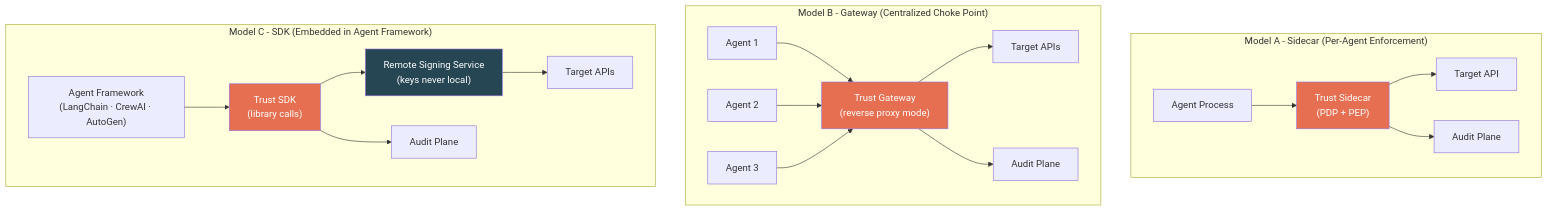
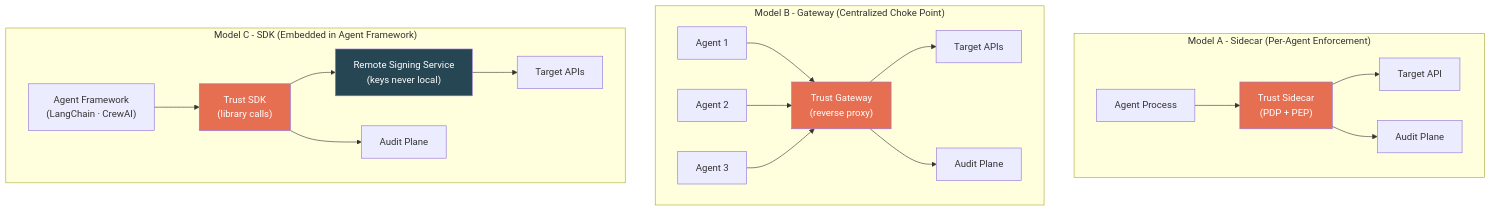
Before and after one commit to kjayashr/cryptographic-trust-layer: the fifth of 16 diagrams in cryptographic-trust-layer-thesis.md, drawn with Mermaid. The commit also changed other lines of this file, not shown here.

First line of the commit message:
Fix mermaid diagrams and add 10,000ft architecture overview

````diff
--- a/cryptographic-trust-layer-thesis.md
+++ b/cryptographic-trust-layer-thesis.md
@@ -121,31 +173,31 @@
 ```mermaid
 graph TB
     subgraph "Model A - Sidecar (Per-Agent Enforcement)"
         direction LR
-        A1["Agent Process"] --> A2["Trust Sidecar\n(PDP + PEP)"]
+        A1["Agent Process"] --> A2["Trust Sidecar<br/>(PDP + PEP)"]
         A2 --> A3["Target API"]
         A2 --> A4["Audit Plane"]
     end
 
     subgraph "Model B - Gateway (Centralized Choke Point)"
         direction LR
-        B1["Agent 1"] --> B4["Trust Gateway\n(reverse proxy mode)"]
+        B1["Agent 1"] --> B4["Trust Gateway<br/>(reverse proxy)"]
         B2["Agent 2"] --> B4
         B3["Agent 3"] --> B4
         B4 --> B5["Target APIs"]
         B4 --> B6["Audit Plane"]
     end
 
     subgraph "Model C - SDK (Embedded in Agent Framework)"
         direction LR
-        C1["Agent Framework\n(LangChain · CrewAI · AutoGen)"] --> C2["Trust SDK\n(library calls)"]
-        C2 --> C3["Remote Signing Service\n(keys never local)"]
+        C1["Agent Framework<br/>(LangChain · CrewAI)"] --> C2["Trust SDK<br/>(library calls)"]
+        C2 --> C3["Remote Signing Service<br/>(keys never local)"]
         C3 --> C4["Target APIs"]
         C2 --> C5["Audit Plane"]
     end
 
     style A2 fill:#e76f51,color:#fff
     style B4 fill:#e76f51,color:#fff
     style C2 fill:#e76f51,color:#fff
     style C3 fill:#264653,color:#fff
 ```
````
